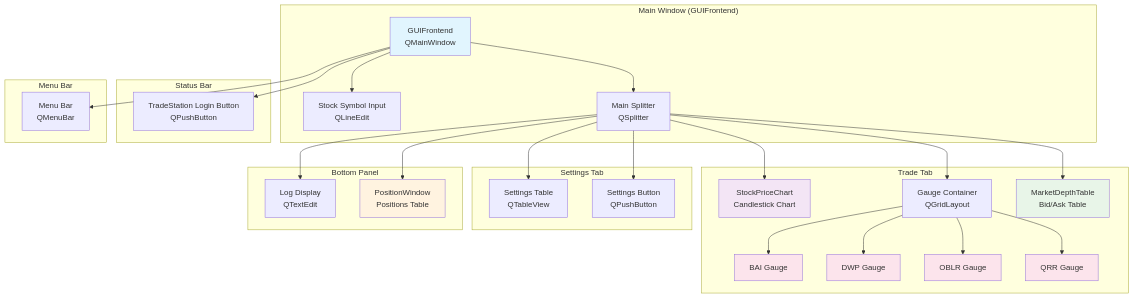
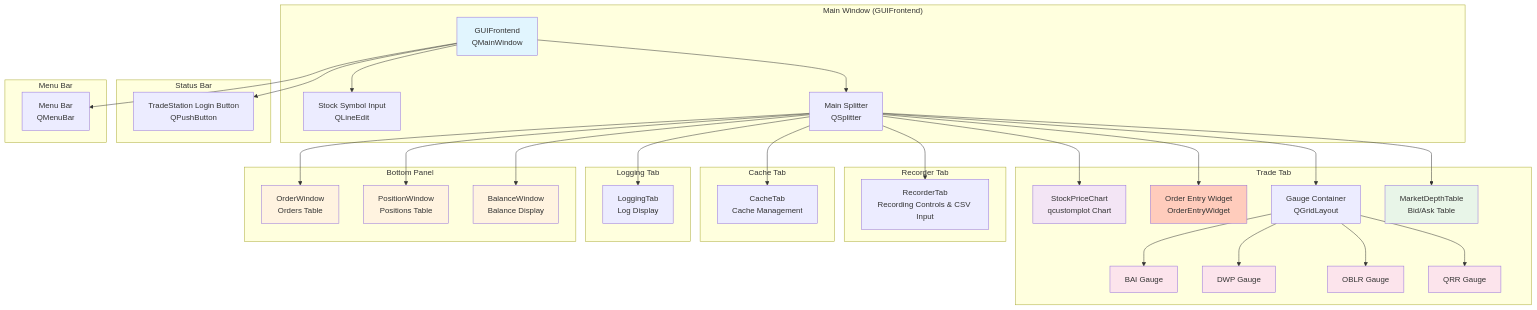
Before and after one commit to simonbeaudoin0935/OpenTraderPlatform: the second of 2 diagrams in Doc/GUI_Architecture.md, drawn with Mermaid. The commit also changed other lines of this file and 2 other files, not shown here.

Commit message:
Update Architecture and GUI docs - remove obsolete references, add missing components

````diff
--- a/Doc/GUI_Architecture.md
+++ b/Doc/GUI_Architecture.md
@@ -206,64 +275,78 @@
 ```mermaid
 graph TB
     subgraph "Main Window (GUIFrontend)"
         A[GUIFrontend<br/>QMainWindow]
         B[Stock Symbol Input<br/>QLineEdit]
         C[Main Splitter<br/>QSplitter]
     end
 
     subgraph "Trade Tab"
-        D[StockPriceChart<br/>Candlestick Chart]
-        E[Gauge Container<br/>QGridLayout]
-        F[BAI Gauge]
-        G[DWP Gauge]
-        H[OBLR Gauge]
-        I[QRR Gauge]
-        J[MarketDepthTable<br/>Bid/Ask Table]
+        D[StockPriceChart<br/>qcustomplot Chart]
+        E[Order Entry Widget<br/>OrderEntryWidget]
+        F[Gauge Container<br/>QGridLayout]
+        G[BAI Gauge]
+        H[DWP Gauge]
+        I[OBLR Gauge]
+        J[QRR Gauge]
+        K[MarketDepthTable<br/>Bid/Ask Table]
     end
 
-    subgraph "Settings Tab"
-        K[Settings Table<br/>QTableView]
-        L[Settings Button<br/>QPushButton]
+    subgraph "Recorder Tab"
+        R[RecorderTab<br/>Recording Controls & CSV Input]
+    end
+
+    subgraph "Cache Tab"
+        CT[CacheTab<br/>Cache Management]
+    end
+
+    subgraph "Logging Tab"
+        LT[LoggingTab<br/>Log Display]
     end
 
     subgraph "Bottom Panel"
-        M[Log Display<br/>QTextEdit]
+        M[OrderWindow<br/>Orders Table]
         N[PositionWindow<br/>Positions Table]
+        O[BalanceWindow<br/>Balance Display]
     end
 
     subgraph "Status Bar"
-        O[TradeStation Login Button<br/>QPushButton]
+        P[TradeStation Login Button<br/>QPushButton]
     end
 
     subgraph "Menu Bar"
-        P[Menu Bar<br/>QMenuBar]
+        Q[Menu Bar<br/>QMenuBar]
     end
 
     A --> B
     A --> C
-    A --> O
     A --> P
+    A --> Q
 
     C --> D
     C --> E
-    C --> J
+    C --> F
+    C --> K
+    C --> R
+    C --> CT
+    C --> LT
     C --> M
     C --> N
+    C --> O
 
-    E --> F
-    E --> G
-    E --> H
-    E --> I
-
-    C --> K
-    C --> L
+    F --> G
+    F --> H
+    F --> I
+    F --> J
 
     style A fill:#e1f5fe
     style D fill:#f3e5f5
-    style J fill:#e8f5e8
+    style K fill:#e8f5e8
+    style M fill:#fff3e0
     style N fill:#fff3e0
-    style F fill:#fce4ec
+    style O fill:#fff3e0
+    style E fill:#ffccbc
     style G fill:#fce4ec
     style H fill:#fce4ec
     style I fill:#fce4ec
+    style J fill:#fce4ec
 ```
````
